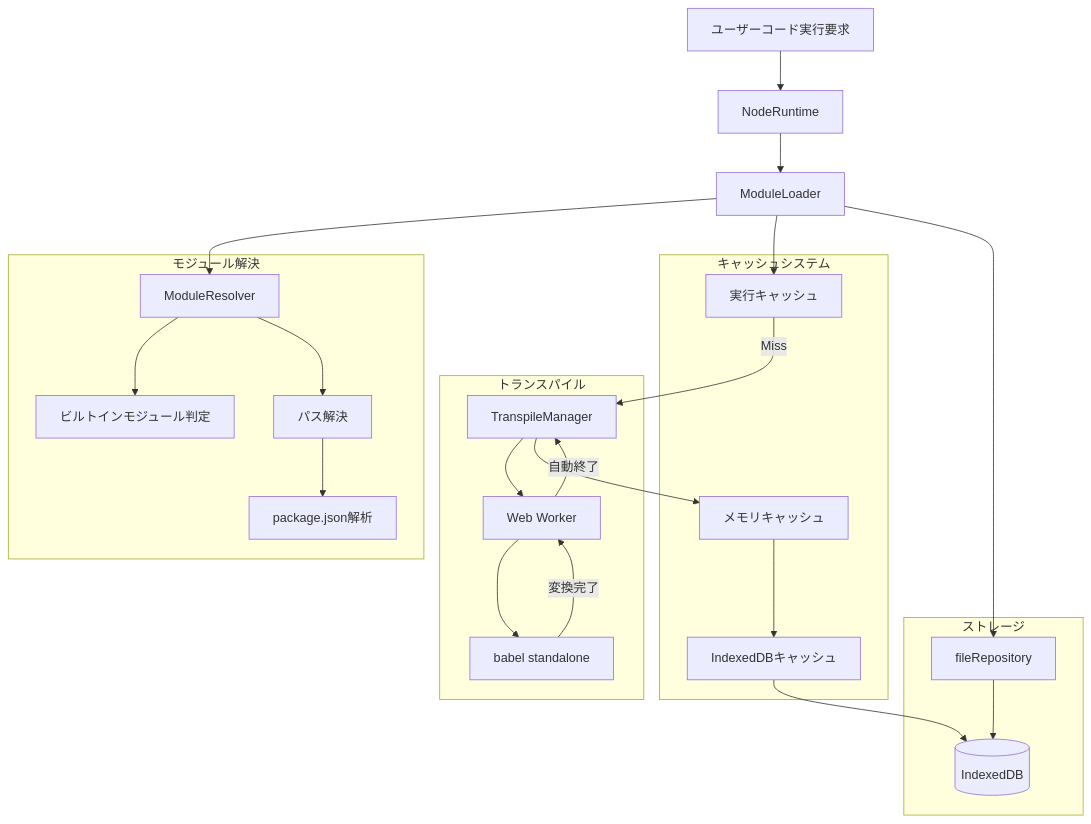
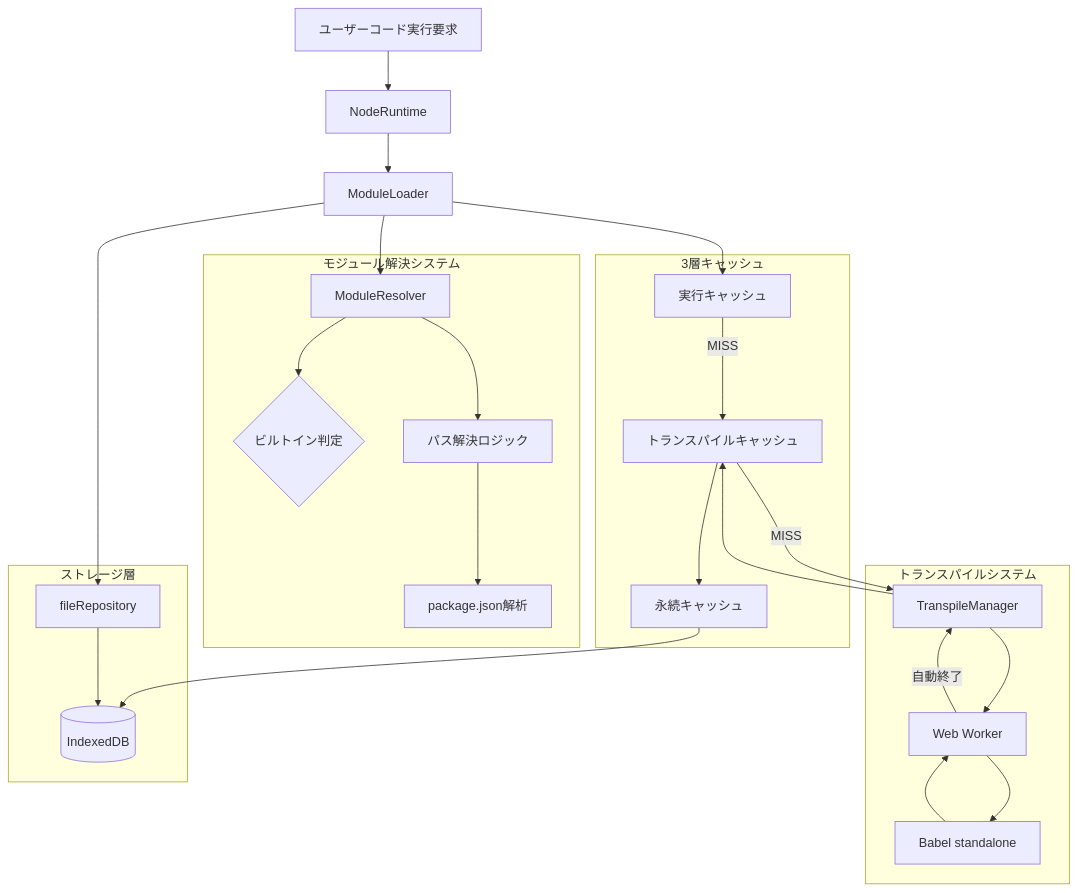
The first of 12 diagrams in docs/NODE-RUNTIME.md (Stasshe/Pyxis-CodeCanvas), drawn with Mermaid before and after one commit. The commit also changed other lines of this file and 3 other files, not shown here.

Commit message:
delete: remove the Node.js Runtime README.md file, consolidating documentation and streamlining the codebase

````diff
--- a/docs/NODE-RUNTIME.md
+++ b/docs/NODE-RUNTIME.md
@@ -60,53 +29,54 @@
 ```mermaid
 graph TB
-    UserCode[ユーザーコード実行要求]
-    NodeRuntime[NodeRuntime]
-    ModuleLoader[ModuleLoader]
+    User[ユーザーコード実行要求]
+    Runtime[NodeRuntime]
+    Loader[ModuleLoader]
     
-    subgraph Resolution[モジュール解決]
+    subgraph Resolution[モジュール解決システム]
         Resolver[ModuleResolver]
-        BuiltIn[ビルトインモジュール判定]
-        PathResolve[パス解決]
+        BuiltinCheck{ビルトイン判定}
+        PathResolve[パス解決ロジック]
         PackageJSON[package.json解析]
     end
     
-    subgraph Transpile[トランスパイル]
+    subgraph TranspileSystem[トランスパイルシステム]
         Manager[TranspileManager]
         Worker[Web Worker]
-        SWC[babel standalone]
+        Babel[Babel standalone]
     end
     
-    subgraph Cache[キャッシュシステム]
+    subgraph CacheSystem[3層キャッシュ]
         ExecCache[実行キャッシュ]
-        MemCache[メモリキャッシュ]
-        DiskCache[IndexedDBキャッシュ]
+        TranspileCache[トランスパイルキャッシュ]
+        DiskCache[永続キャッシュ]
     end
     
-    subgraph Storage[ストレージ]
+    subgraph Storage[ストレージ層]
         FileRepo[fileRepository]
-        IndexedDB[(IndexedDB)]
+        IDB[(IndexedDB)]
     end
     
-    UserCode --> NodeRuntime
-    NodeRuntime --> ModuleLoader
+    User --> Runtime
+    Runtime --> Loader
+    Loader --> Resolver
     
-    ModuleLoader --> Resolver
-    Resolver --> BuiltIn
+    Resolver --> BuiltinCheck
     Resolver --> PathResolve
     PathResolve --> PackageJSON
     
-    ModuleLoader --> ExecCache
-    ExecCache -->|Miss| Manager
+    Loader --> ExecCache
+    ExecCache -->|MISS| TranspileCache
+    TranspileCache -->|MISS| Manager
     
     Manager --> Worker
-    Worker --> SWC
-    SWC -->|変換完了| Worker
+    Worker --> Babel
+    Babel --> Worker
     Worker -->|自動終了| Manager
     
-    Manager --> MemCache
-    MemCache --> DiskCache
-    DiskCache --> IndexedDB
+    Manager --> TranspileCache
+    TranspileCache --> DiskCache
+    DiskCache --> IDB
     
-    ModuleLoader --> FileRepo
-    FileRepo --> IndexedDB
+    Loader --> FileRepo
+    FileRepo --> IDB
 ```
````
